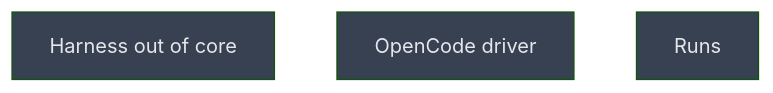
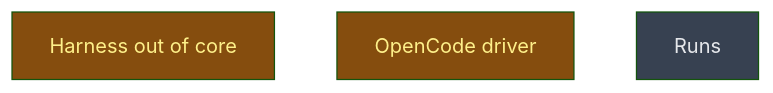
One commit to CrackingShells/Candler changed the diagram in __roadmap__/m4-session-runner/traits/core/README.md. Above: the diagram before and after it, drawn with Mermaid (forest theme). The commit also changed other lines of this file and 1 other file, not shown here.

Commit message:
rdm(adapter-opencode): fit opencode_driver to the merged driver traits
The driver writes its provider config in the home, collects the export
in the isolation, classifies the end from the observed error or the
export, and finds the interrupt's port inside the container. Its census
stays off until the gateway census amendment is approved.

````diff
--- a/__roadmap__/m4-session-runner/traits/core/README.md
+++ b/__roadmap__/m4-session-runner/traits/core/README.md
@@ -19,11 +19,11 @@
 ```mermaid
 graph TD
-    harness_out_of_core[Harness out of core]:::planned
-    opencode_driver[OpenCode driver]:::planned
+    harness_out_of_core[Harness out of core]:::inprogress
+    opencode_driver[OpenCode driver]:::inprogress
     runs[Runs]:::planned
     classDef done       fill:#166534,color:#bbf7d0
     classDef inprogress fill:#854d0e,color:#fef08a
     classDef planned    fill:#374151,color:#e5e7eb
     classDef amendment  fill:#1e3a5f,color:#bfdbfe
     classDef blocked    fill:#7f1d1d,color:#fecaca
 ```
````
